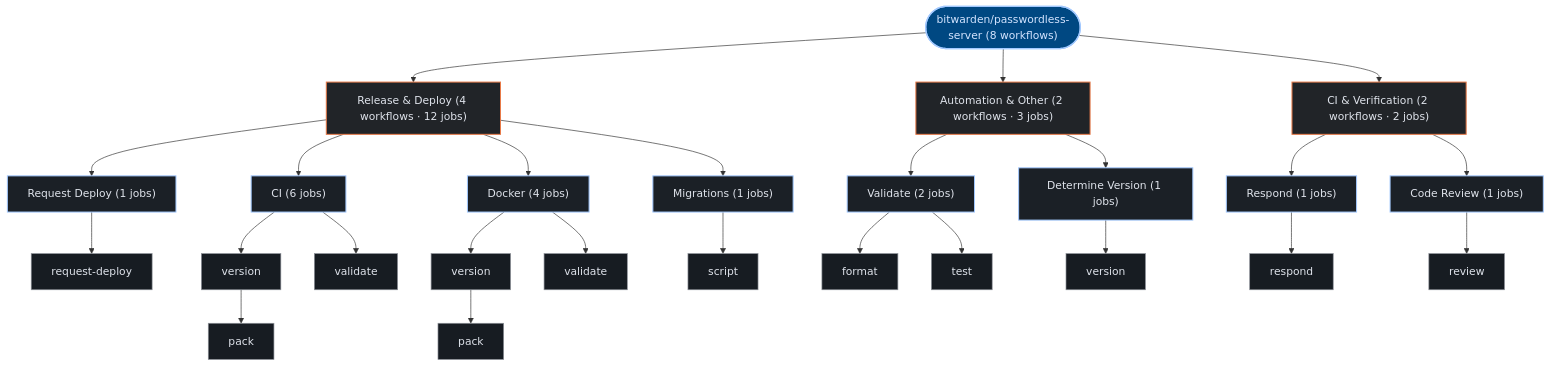
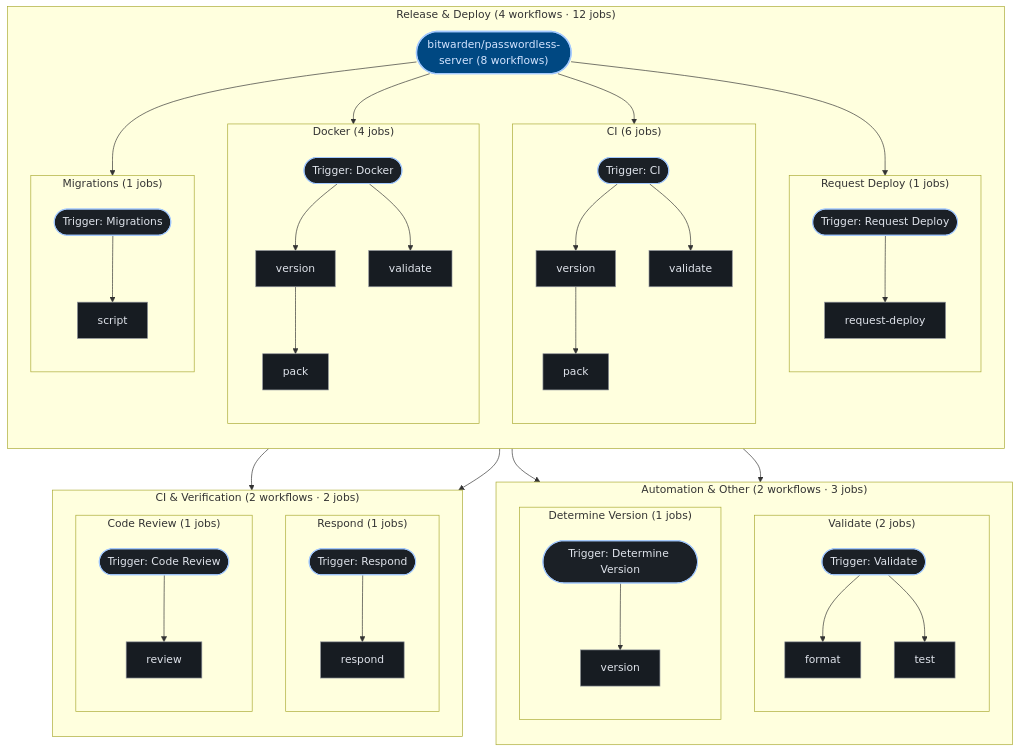
Before and after one commit to kumarshaz/atruss-code-atlas: the third of 3 diagrams in exports/latest/reports/bitwarden-passwordless-server-report.md, drawn with Mermaid. The commit also changed 181 other files, not shown here.

````diff
--- a/exports/latest/reports/bitwarden-passwordless-server-report.md
+++ b/exports/latest/reports/bitwarden-passwordless-server-report.md
@@ -284,52 +284,79 @@
   classDef atlasAlert fill:#93000a,stroke:#ffb4ab,stroke-width:1.5px,color:#ffdad6
   classDef atlasMore fill:#252a31,stroke:#8d9199,stroke-dasharray:4 4,color:#c3c6cf
   pipeline_root(["bitwarden/passwordless-server (8 workflows)"]):::atlasRoot
-  grp_0_Release___Deploy["Release & Deploy (4 workflows · 12 jobs)"]:::atlasCategory
-  pipeline_root --> grp_0_Release___Deploy
-  wf_0_Request_Deploy["Request Deploy (1 jobs)"]:::atlasWorkflow
-  grp_0_Release___Deploy --> wf_0_Request_Deploy
-  job_0_request_deploy["request-deploy"]:::atlasJob
-  wf_0_Request_Deploy --> job_0_request_deploy
-  wf_3_CI["CI (6 jobs)"]:::atlasWorkflow
-  grp_0_Release___Deploy --> wf_3_CI
-  job_3_version["version"]:::atlasJob
-  job_3_validate["validate"]:::atlasJob
-  job_3_pack["pack"]:::atlasJob
-  wf_3_CI --> job_3_version
-  wf_3_CI --> job_3_validate
-  job_3_version --> job_3_pack
-  wf_4_Docker["Docker (4 jobs)"]:::atlasWorkflow
-  grp_0_Release___Deploy --> wf_4_Docker
-  job_4_version["version"]:::atlasJob
-  job_4_validate["validate"]:::atlasJob
-  job_4_pack["pack"]:::atlasJob
-  wf_4_Docker --> job_4_version
-  wf_4_Docker --> job_4_validate
-  job_4_version --> job_4_pack
-  wf_5_Migrations["Migrations (1 jobs)"]:::atlasWorkflow
-  grp_0_Release___Deploy --> wf_5_Migrations
-  job_5_script["script"]:::atlasJob
-  wf_5_Migrations --> job_5_script
-  grp_1_Automation___Other["Automation & Other (2 workflows · 3 jobs)"]:::atlasCategory
-  pipeline_root --> grp_1_Automation___Other
-  wf_1_Validate["Validate (2 jobs)"]:::atlasWorkflow
-  grp_1_Automation___Other --> wf_1_Validate
-  job_1_format["format"]:::atlasJob
-  job_1_test["test"]:::atlasJob
-  wf_1_Validate --> job_1_format
-  wf_1_Validate --> job_1_test
-  wf_2_Determine_Version["Determine Version (1 jobs)"]:::atlasWorkflow
-  grp_1_Automation___Other --> wf_2_Determine_Version
-  job_2_version["version"]:::atlasJob
-  wf_2_Determine_Version --> job_2_version
-  grp_2_CI___Verification["CI & Verification (2 workflows · 2 jobs)"]:::atlasCategory
-  pipeline_root --> grp_2_CI___Verification
-  wf_6_Respond["Respond (1 jobs)"]:::atlasWorkflow
-  grp_2_CI___Verification --> wf_6_Respond
-  job_6_respond["respond"]:::atlasJob
-  wf_6_Respond --> job_6_respond
-  wf_7_Code_Review["Code Review (1 jobs)"]:::atlasWorkflow
-  grp_2_CI___Verification --> wf_7_Code_Review
-  job_7_review["review"]:::atlasJob
-  wf_7_Code_Review --> job_7_review
+  subgraph sg_grp_0_Release___Deploy["Release & Deploy (4 workflows · 12 jobs)"]
+    direction TB
+    subgraph sg_wf_0_Request_Deploy["Request Deploy (1 jobs)"]
+      direction TB
+      wf_0_Request_Deploy(["Trigger: Request Deploy"]):::atlasWorkflow
+      job_0_request_deploy["request-deploy"]:::atlasJob
+      wf_0_Request_Deploy --> job_0_request_deploy
+    end
+    pipeline_root --> wf_0_Request_Deploy
+    subgraph sg_wf_3_CI["CI (6 jobs)"]
+      direction TB
+      wf_3_CI(["Trigger: CI"]):::atlasWorkflow
+      job_3_version["version"]:::atlasJob
+      job_3_validate["validate"]:::atlasJob
+      job_3_pack["pack"]:::atlasJob
+      wf_3_CI --> job_3_version
+      wf_3_CI --> job_3_validate
+      job_3_version --> job_3_pack
+    end
+    pipeline_root --> wf_3_CI
+    subgraph sg_wf_4_Docker["Docker (4 jobs)"]
+      direction TB
+      wf_4_Docker(["Trigger: Docker"]):::atlasWorkflow
+      job_4_version["version"]:::atlasJob
+      job_4_validate["validate"]:::atlasJob
+      job_4_pack["pack"]:::atlasJob
+      wf_4_Docker --> job_4_version
+      wf_4_Docker --> job_4_validate
+      job_4_version --> job_4_pack
+    end
+    pipeline_root --> wf_4_Docker
+    subgraph sg_wf_5_Migrations["Migrations (1 jobs)"]
+      direction TB
+      wf_5_Migrations(["Trigger: Migrations"]):::atlasWorkflow
+      job_5_script["script"]:::atlasJob
+      wf_5_Migrations --> job_5_script
+    end
+    pipeline_root --> wf_5_Migrations
+  end
+  subgraph sg_grp_1_Automation___Other["Automation & Other (2 workflows · 3 jobs)"]
+    direction TB
+    subgraph sg_wf_1_Validate["Validate (2 jobs)"]
+      direction TB
+      wf_1_Validate(["Trigger: Validate"]):::atlasWorkflow
+      job_1_format["format"]:::atlasJob
+      job_1_test["test"]:::atlasJob
+      wf_1_Validate --> job_1_format
+      wf_1_Validate --> job_1_test
+    end
+    pipeline_root --> wf_1_Validate
+    subgraph sg_wf_2_Determine_Version["Determine Version (1 jobs)"]
+      direction TB
+      wf_2_Determine_Version(["Trigger: Determine Version"]):::atlasWorkflow
+      job_2_version["version"]:::atlasJob
+      wf_2_Determine_Version --> job_2_version
+    end
+    pipeline_root --> wf_2_Determine_Version
+  end
+  subgraph sg_grp_2_CI___Verification["CI & Verification (2 workflows · 2 jobs)"]
+    direction TB
+    subgraph sg_wf_6_Respond["Respond (1 jobs)"]
+      direction TB
+      wf_6_Respond(["Trigger: Respond"]):::atlasWorkflow
+      job_6_respond["respond"]:::atlasJob
+      wf_6_Respond --> job_6_respond
+    end
+    pipeline_root --> wf_6_Respond
+    subgraph sg_wf_7_Code_Review["Code Review (1 jobs)"]
+      direction TB
+      wf_7_Code_Review(["Trigger: Code Review"]):::atlasWorkflow
+      job_7_review["review"]:::atlasJob
+      wf_7_Code_Review --> job_7_review
+    end
+    pipeline_root --> wf_7_Code_Review
+  end
 ```
````
